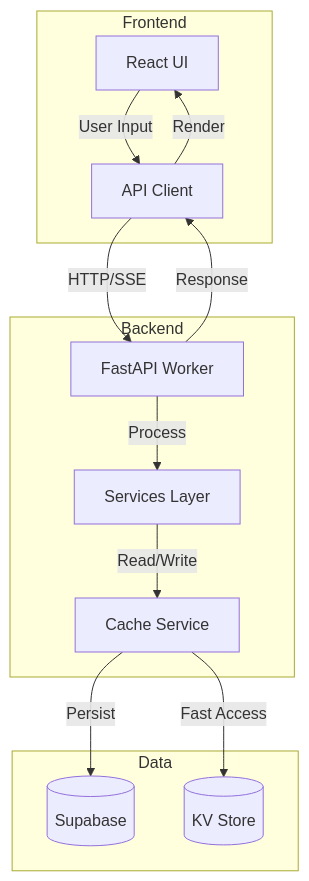
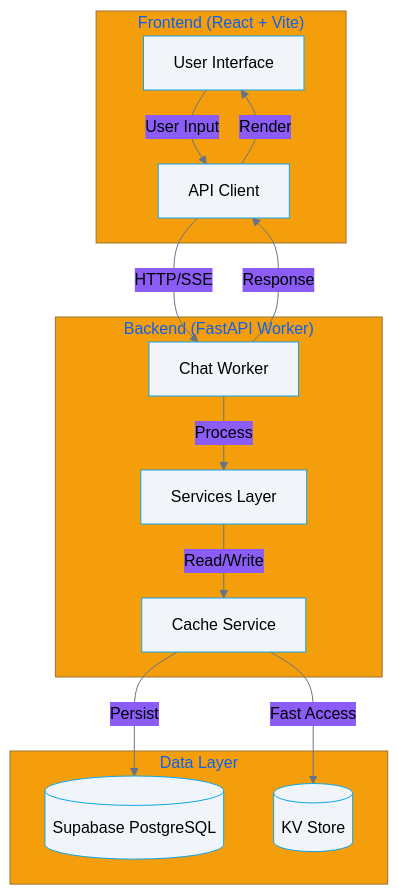
One commit to ChecKMarKDevTools/underfoot-underground-travel-planner changed the first of 3 diagrams in docs/tech_guides/INTEGRATION_PLAN.md. Above: the diagram before and after it, drawn with Mermaid. The commit also changed other lines of this file and 6 other files, not shown here.

````diff
--- a/docs/tech_guides/INTEGRATION_PLAN.md
+++ b/docs/tech_guides/INTEGRATION_PLAN.md
@@ -22,27 +22,28 @@
 ```mermaid
+%%{init: {'theme':'base', 'themeVariables': { 'primaryColor':'#0ea5e9', 'primaryTextColor':'#000', 'primaryBorderColor':'#0ea5e9', 'lineColor':'#64748b', 'secondaryColor':'#8b5cf6', 'tertiaryColor':'#f59e0b', 'background':'#fff', 'mainBkg':'#f1f5f9', 'secondBkg':'#e2e8f0', 'tertiaryBkg':'#cbd5e1', 'textColor':'#1e293b', 'border1':'#94a3b8', 'border2':'#64748b'}}}%%
 graph TB
-    subgraph Frontend
-        UI[React UI]
+    subgraph Frontend["Frontend (React + Vite)"]
+        UI[User Interface]
         API_CLIENT[API Client]
     end
     
-    subgraph Backend
-        WORKER[FastAPI Worker]
+    subgraph Backend["Backend (FastAPI Worker)"]
+        WORKER[Chat Worker]
         SERVICES[Services Layer]
         CACHE[Cache Service]
     end
     
-    subgraph Data
-        SUPABASE[(Supabase)]
+    subgraph Data["Data Layer"]
+        SUPABASE[(Supabase PostgreSQL)]
         KV[(KV Store)]
     end
     
     UI -->|User Input| API_CLIENT
     API_CLIENT -->|HTTP/SSE| WORKER
     WORKER -->|Process| SERVICES
     SERVICES -->|Read/Write| CACHE
     CACHE -->|Persist| SUPABASE
     CACHE -->|Fast Access| KV
     WORKER -->|Response| API_CLIENT
     API_CLIENT -->|Render| UI
 ```
````
